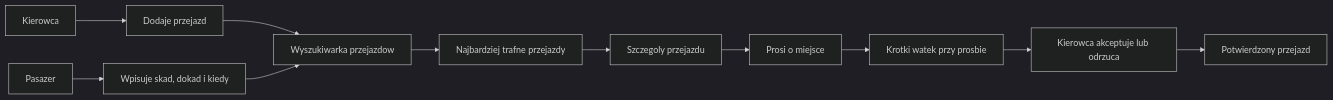
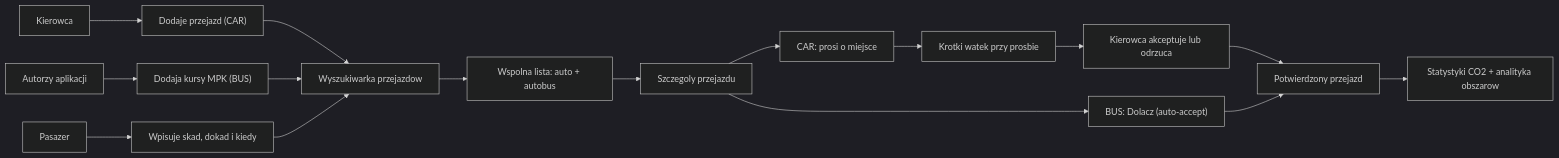
One commit to PawelGargula/hackathon changed the diagram in specifications/09-przejazd-wspoldzielony-mvp.md. Above: the diagram before and after it, drawn with Mermaid (dark theme). The commit also changed other lines of this file and 2 other files, not shown here.

Commit message:
Revise MVP specification for "Razem w Drogę" to focus on local shared rides in the Nowy Sącz subregion, emphasizing integration with public transport and addressing transport exclusion. Update value proposition and clarify user journey for both carpooling and bus options.

````diff
--- a/specifications/09-przejazd-wspoldzielony-mvp.md
+++ b/specifications/09-przejazd-wspoldzielony-mvp.md
@@ -42,13 +76,18 @@
 ```mermaid
 flowchart LR
-  driver[Kierowca] --> addRide[Dodaje przejazd]
+  driver[Kierowca] --> addRide["Dodaje przejazd (CAR)"]
+  authors[Autorzy aplikacji] --> addBus["Dodaja kursy MPK (BUS)"]
   addRide --> rideSearch[Wyszukiwarka przejazdow]
+  addBus --> rideSearch
   passenger[Pasazer] --> searchForm[Wpisuje skad, dokad i kiedy]
   searchForm --> rideSearch
-  rideSearch --> rideResults[Najbardziej trafne przejazdy]
+  rideSearch --> rideResults["Wspolna lista: auto + autobus"]
   rideResults --> rideDetails[Szczegoly przejazdu]
-  rideDetails --> requestSeat[Prosi o miejsce]
-  requestSeat --> requestThread[Krotki watek przy prosbie]
+  rideDetails --> carPath["CAR: prosi o miejsce"]
+  rideDetails --> busPath["BUS: Dolacz (auto-accept)"]
+  carPath --> requestThread[Krotki watek przy prosbie]
   requestThread --> driverDecision[Kierowca akceptuje lub odrzuca]
   driverDecision --> confirmedRide[Potwierdzony przejazd]
+  busPath --> confirmedRide
+  confirmedRide --> stats["Statystyki CO2 + analityka obszarow"]
 ```
````
